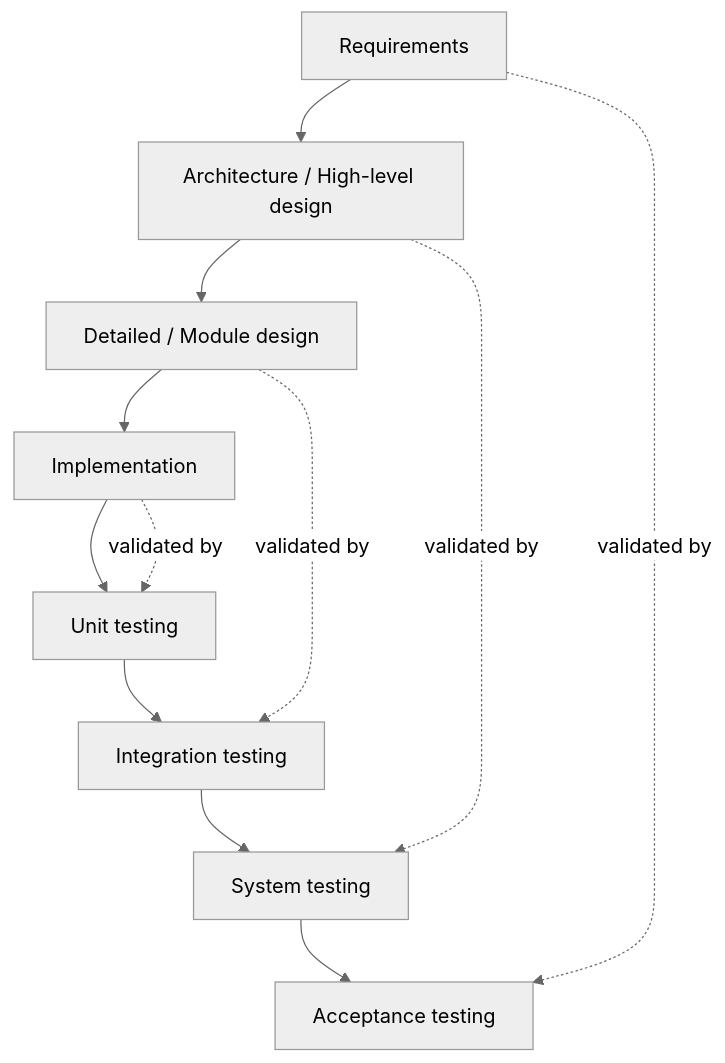
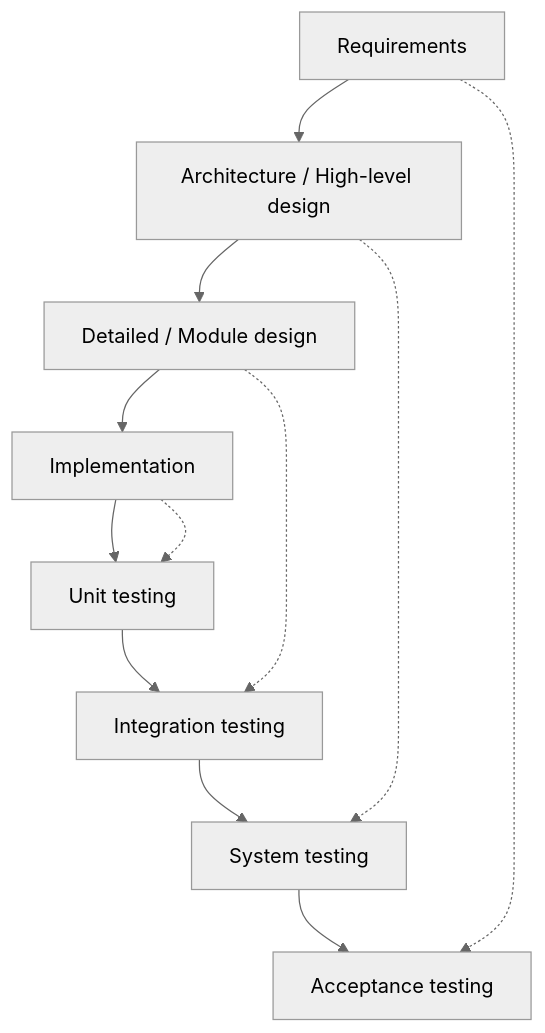
One commit to tghastings/open-swe-book changed the fourth of 5 diagrams in chapters/02-software-development-processes/README.md. Above: the diagram before and after it, drawn with Mermaid (neutral theme). The commit also changed other lines of this file and 55 other files, not shown here.

````diff
--- a/chapters/02-software-development-processes/README.md
+++ b/chapters/02-software-development-processes/README.md
@@ -587,14 +606,14 @@
 ```mermaid
 flowchart TD
     R[Requirements] --> AD[Architecture / High-level design]
     AD --> DD[Detailed / Module design]
     DD --> IMPL[Implementation]
     IMPL --> UT[Unit testing]
     UT --> IT[Integration testing]
     IT --> ST[System testing]
     ST --> AT[Acceptance testing]
-    R -. validated by .-> AT
-    AD -. validated by .-> ST
-    DD -. validated by .-> IT
-    IMPL -. validated by .-> UT
+    R -.-> AT
+    AD -.-> ST
+    DD -.-> IT
+    IMPL -.-> UT
 ```
````
